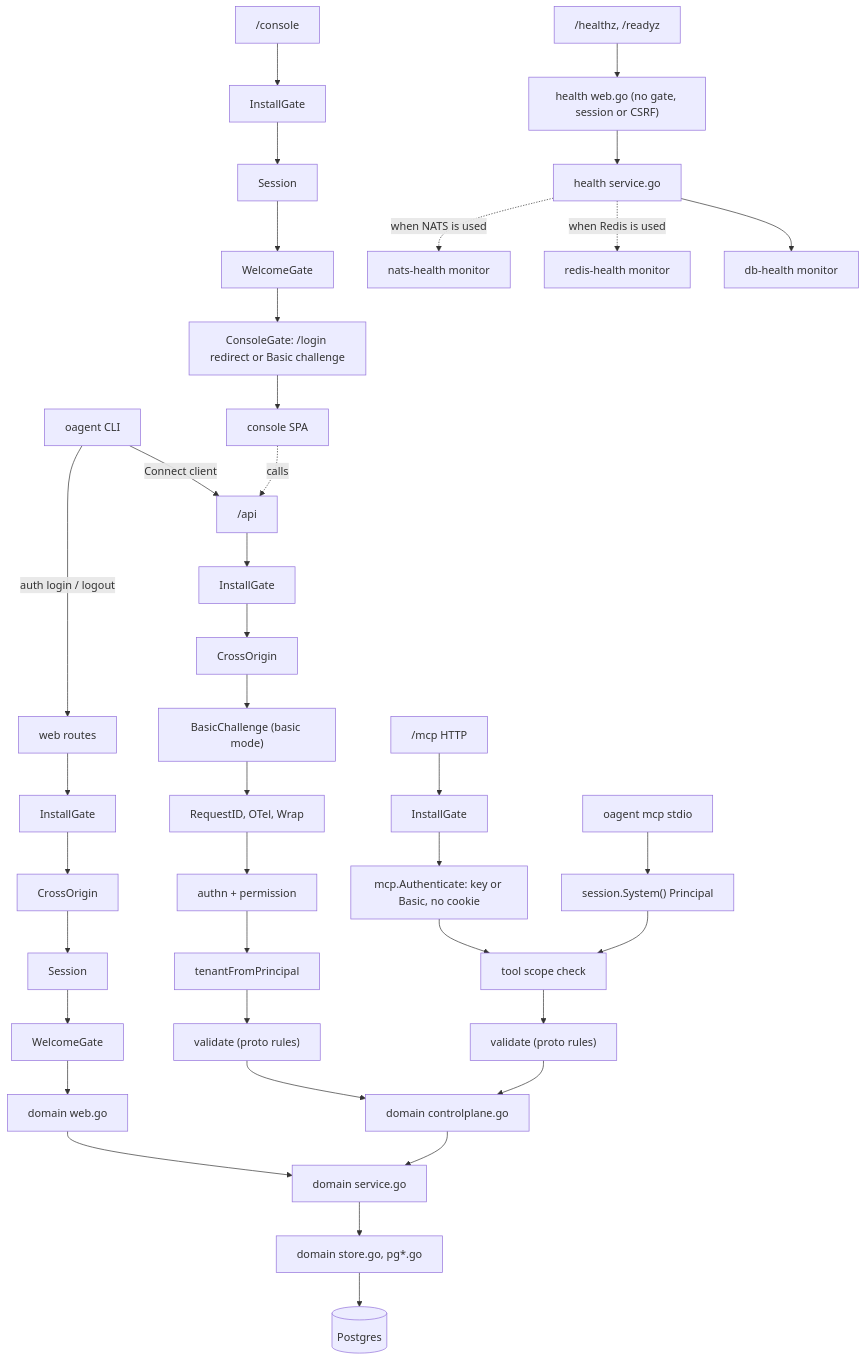
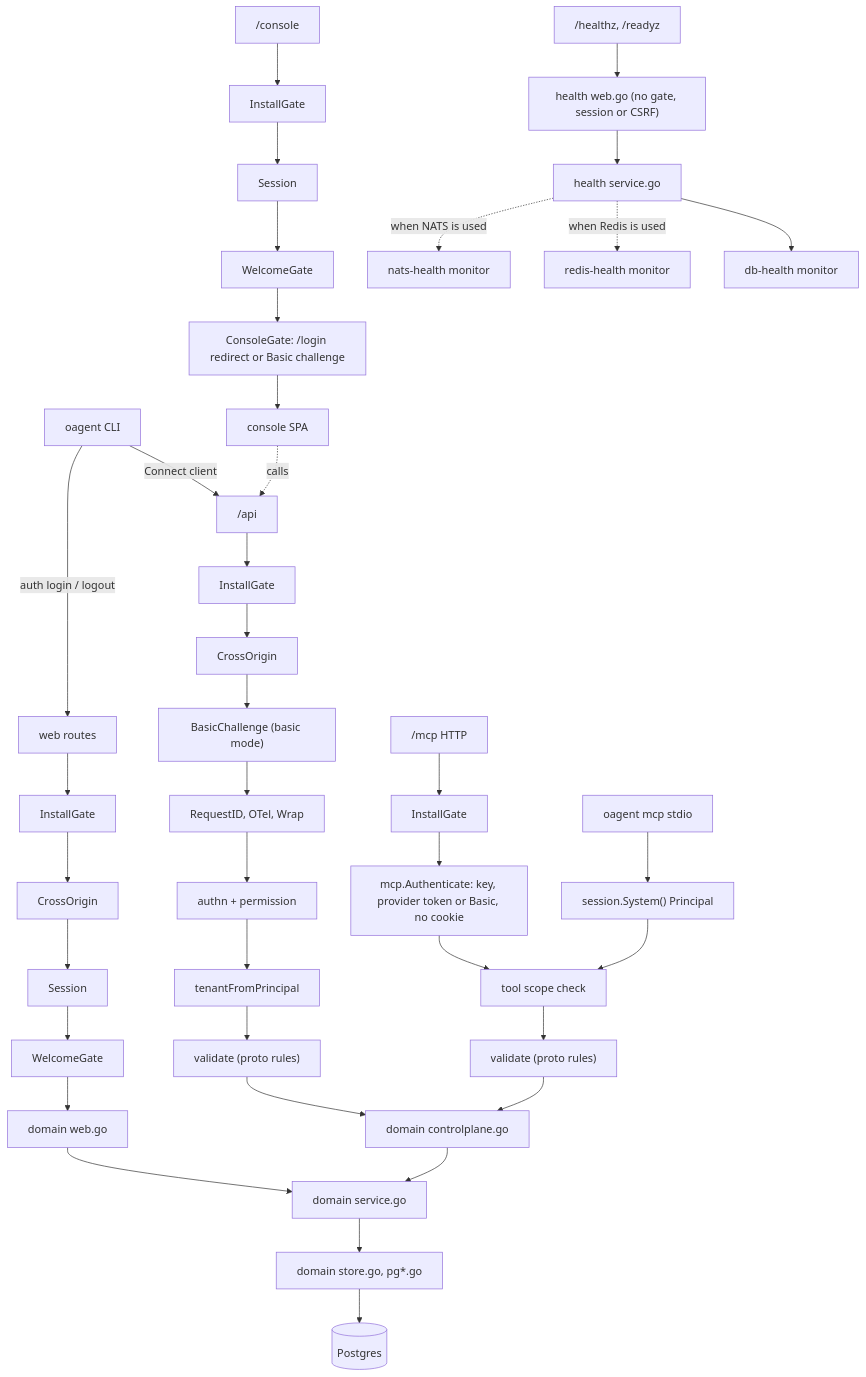
One commit to altalune-id/oagent changed the second of 3 diagrams in internal/boot/README.md. Above: the diagram before and after it, drawn with Mermaid. The commit also changed other lines of this file and 67 other files, not shown here.

````diff
--- a/internal/boot/README.md
+++ b/internal/boot/README.md
@@ -48,18 +48,18 @@
 ```mermaid
 flowchart TD
     CLI["oagent CLI"] -- Connect client --> API
     CLI -- "auth login / logout" --> WEB
     API["/api"] --> G1[InstallGate] --> C1[CrossOrigin] --> B1["BasicChallenge (basic mode)"] --> I1["RequestID, OTel, Wrap"] --> I2["authn + permission"] --> I3[tenantFromPrincipal] --> V1["validate (proto rules)"] --> DC
     WEB["web routes"] --> G2[InstallGate] --> C2[CrossOrigin] --> S2[Session] --> W2[WelcomeGate] --> DW
     CON["/console"] --> G3[InstallGate] --> S3[Session] --> W3[WelcomeGate] --> CG3["ConsoleGate: /login redirect or Basic challenge"] --> SPA[console SPA]
     SPA -. calls .-> API
-    MCPH["/mcp HTTP"] --> G4[InstallGate] --> A4["mcp.Authenticate: key or Basic, no cookie"] --> T4["tool scope check"] --> V4["validate (proto rules)"] --> DC
+    MCPH["/mcp HTTP"] --> G4[InstallGate] --> A4["mcp.Authenticate: key, provider token or Basic, no cookie"] --> T4["tool scope check"] --> V4["validate (proto rules)"] --> DC
     MCPS["oagent mcp stdio"] --> SYS["session.System() Principal"] --> T4
     LB["/healthz, /readyz"] --> HW["health web.go (no gate, session or CSRF)"] --> HS["health service.go"] --> DBH["db-health monitor"]
     HS -. "when Redis is used" .-> RDH["redis-health monitor"]
     HS -. "when NATS is used" .-> NAH["nats-health monitor"]
 
     DC["domain controlplane.go"] --> SVC["domain service.go"]
     DW["domain web.go"] --> SVC
     SVC --> ST["domain store.go, pg*.go"] --> PG[(Postgres)]
 ```
````
